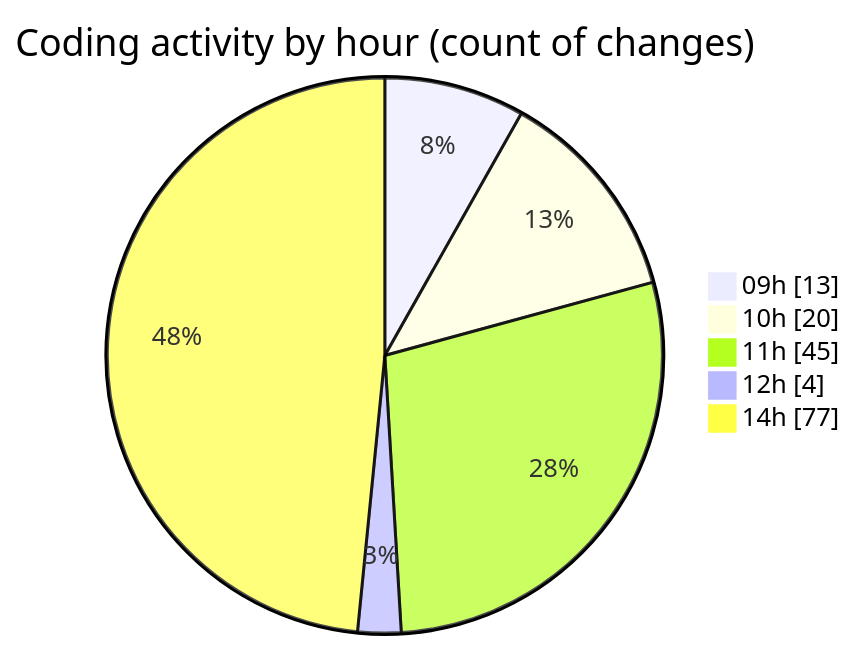
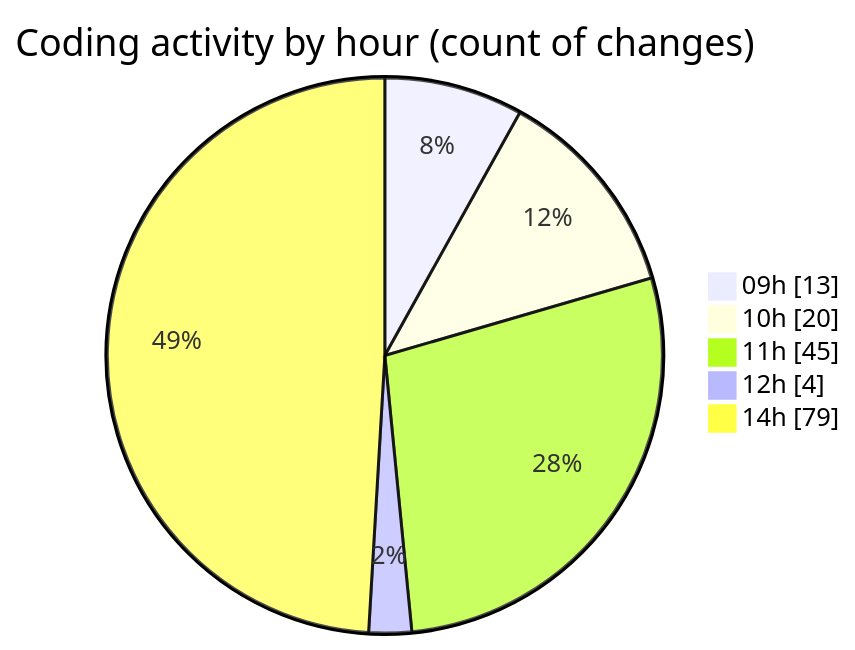
Before and after one commit to momahboobian/code-tracking: the second of 2 diagrams in 2026-04-29/cda/README.md, drawn with Mermaid. The commit also changed other lines of this file and 1 other file, not shown here.

````diff
--- a/2026-04-29/cda/README.md
+++ b/2026-04-29/cda/README.md
@@ -65,9 +65,9 @@
 ```mermaid
 pie showData
 title Coding activity by hour (count of changes)
 "09h" : 13
 "10h" : 20
 "11h" : 45
 "12h" : 4
-"14h" : 77
+"14h" : 79
 ```
````
